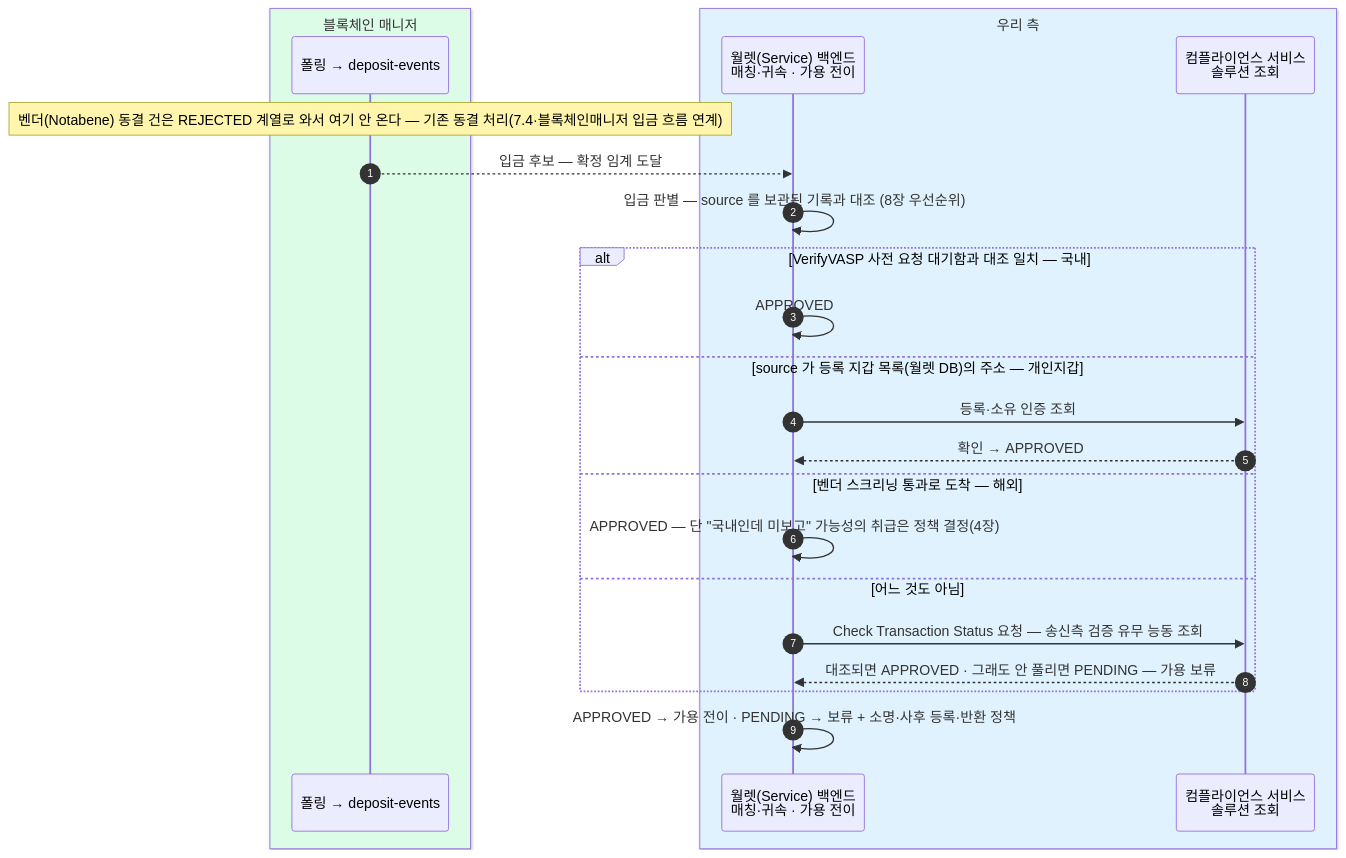
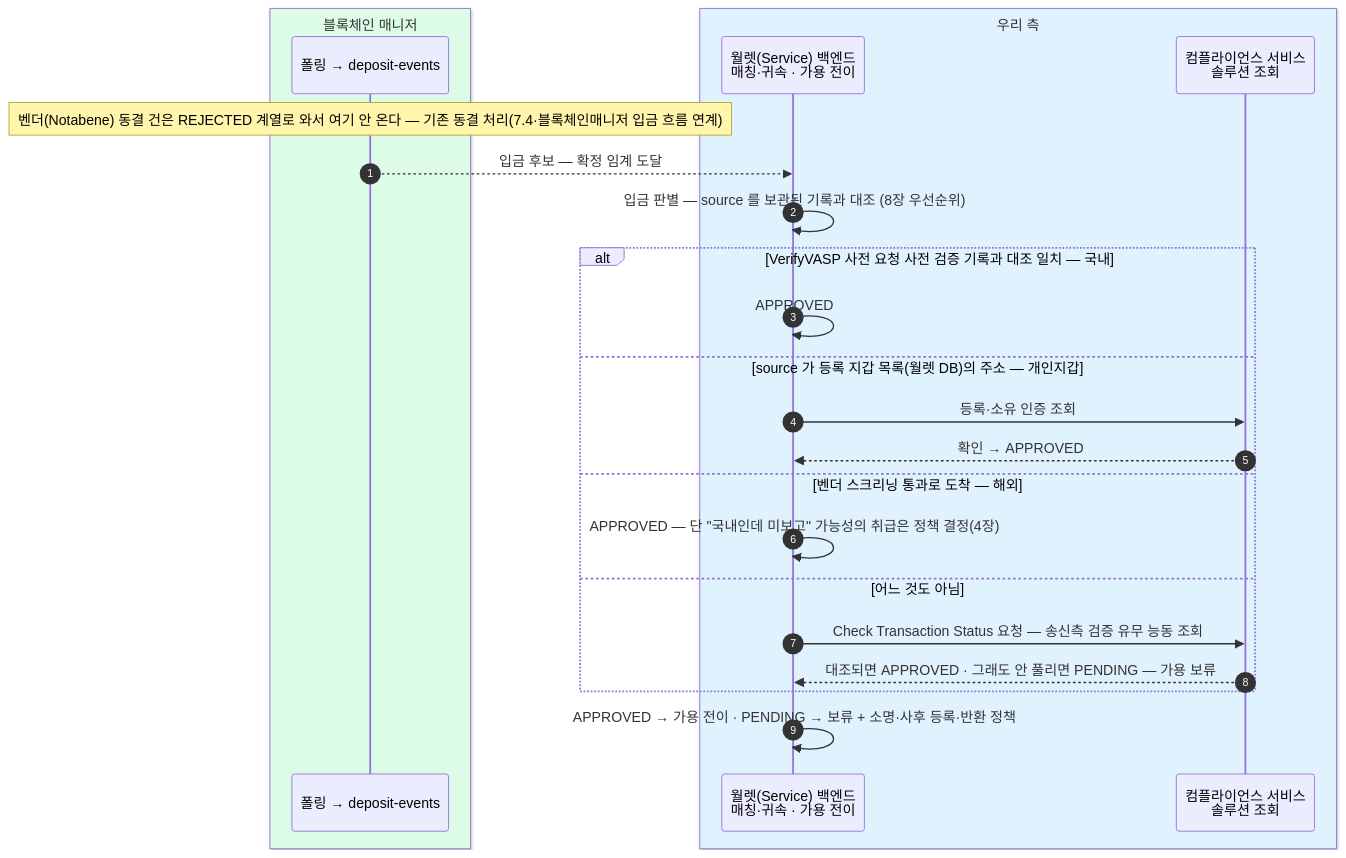
Before and after one commit to eunsujeo/eunpus: the fifth of 11 diagrams in blockchain-manager/docs/트래블룰/설계/07-scenarios.md, drawn with Mermaid. The commit also changed other lines of this file and 23 other files, not shown here.

````diff
--- a/blockchain-manager/docs/트래블룰/설계/07-scenarios.md
+++ b/blockchain-manager/docs/트래블룰/설계/07-scenarios.md
@@ -228,27 +224,27 @@
 ```mermaid
 sequenceDiagram
     autonumber
     box rgb(220,252,231) 블록체인 매니저
     participant BM as 폴링 → deposit-events
     end
     box rgb(224,242,254) 우리 측
     participant BE as 월렛(Service) 백엔드<br/>매칭·귀속 · 가용 전이
     participant GT as 컴플라이언스 서비스<br/>솔루션 조회
     end
 
     Note over BM: 벤더(Notabene) 동결 건은 REJECTED 계열로 와서 여기 안 온다 — 기존 동결 처리(7.4·블록체인매니저 입금 흐름 연계)
     BM-->>BE: 입금 후보 — 확정 임계 도달
     BE->>BE: 입금 판별 — source 를 보관된 기록과 대조 (8장 우선순위)
-    alt VerifyVASP 사전 요청 대기함과 대조 일치 — 국내
+    alt VerifyVASP 사전 요청 사전 검증 기록과 대조 일치 — 국내
         BE->>BE: APPROVED
     else source 가 등록 지갑 목록(월렛 DB)의 주소 — 개인지갑
         BE->>GT: 등록·소유 인증 조회
         GT-->>BE: 확인 → APPROVED
     else 벤더 스크리닝 통과로 도착 — 해외
         BE->>BE: APPROVED — 단 "국내인데 미보고" 가능성의 취급은 정책 결정(4장)
     else 어느 것도 아님
         BE->>GT: Check Transaction Status 요청 — 송신측 검증 유무 능동 조회
         GT-->>BE: 대조되면 APPROVED · 그래도 안 풀리면 PENDING — 가용 보류
     end
     BE->>BE: APPROVED → 가용 전이 · PENDING → 보류 + 소명·사후 등록·반환 정책
 ```
````
